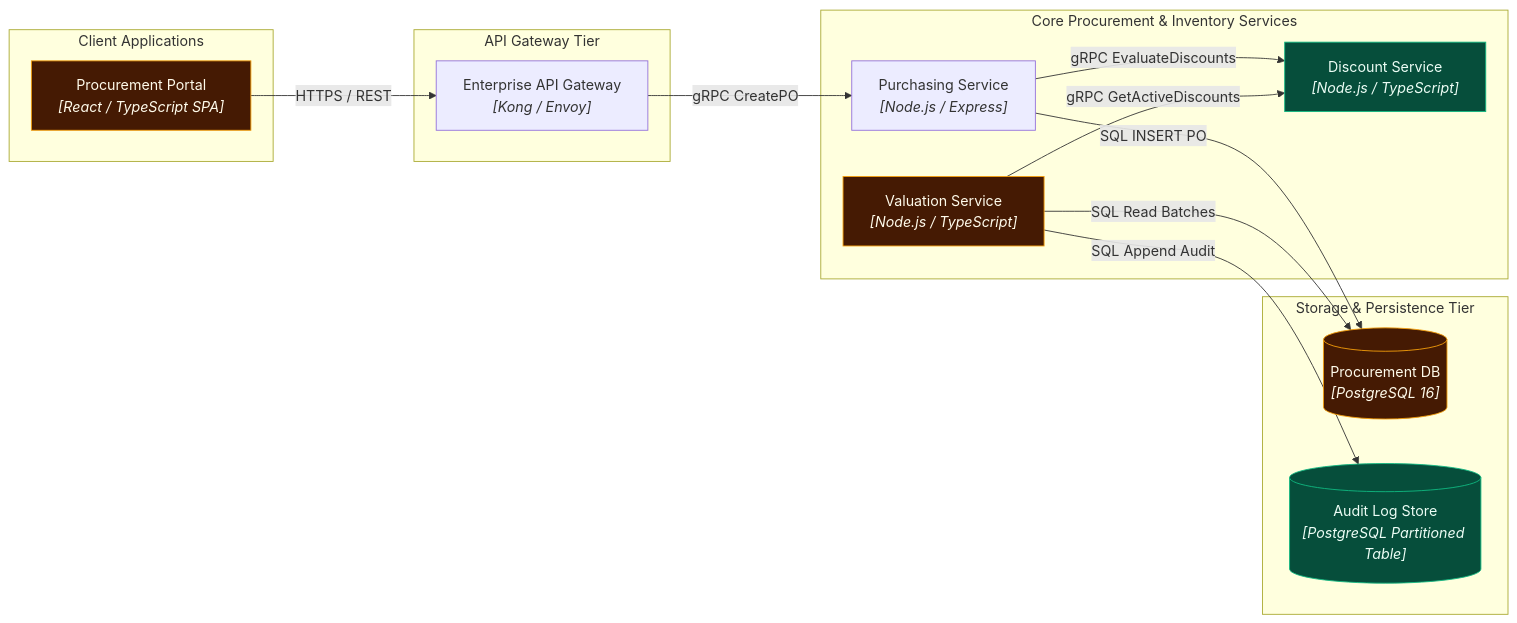
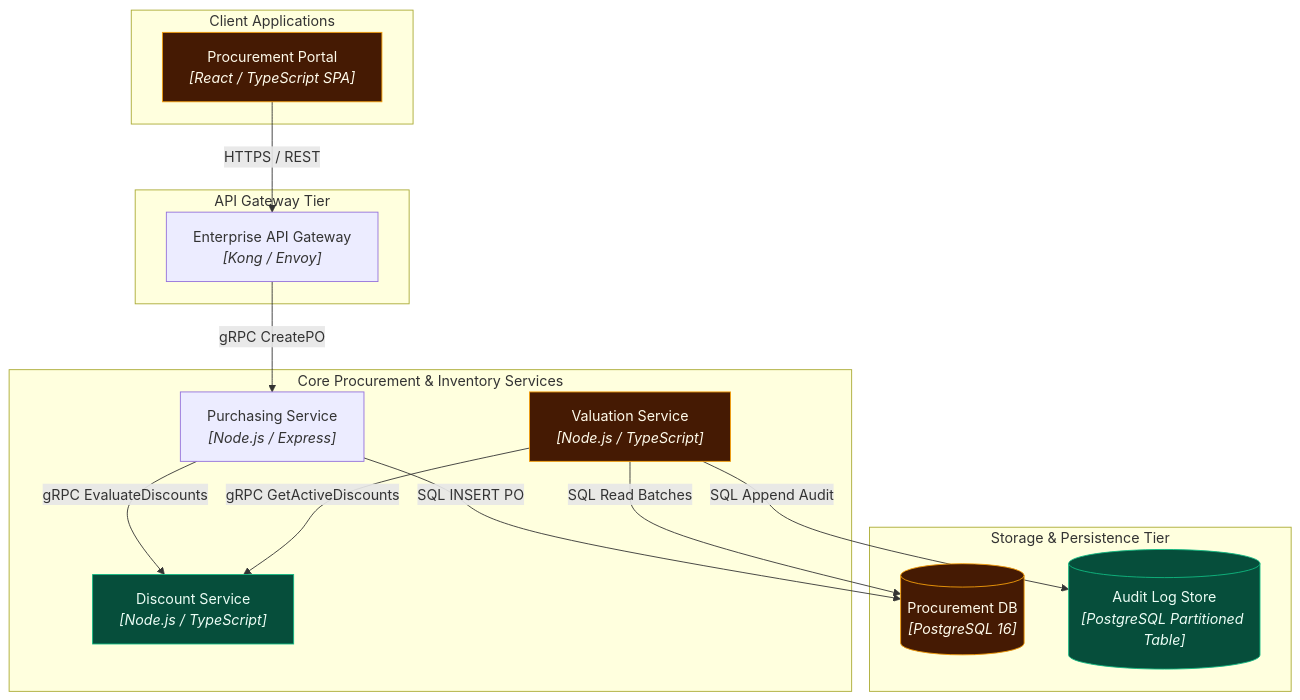
The first of 3 diagrams in skills/architecture-visualizer/examples/1-crud-business-feature/architecture.md (mohamed23231/skill-atelier), drawn with Mermaid before and after one commit. The commit also changed other lines of this file and 5 other files, not shown here.

Commit message:
chore(architecture-visualizer): rebuild the example pages and reports

````diff
--- a/skills/architecture-visualizer/examples/1-crud-business-feature/architecture.md
+++ b/skills/architecture-visualizer/examples/1-crud-business-feature/architecture.md
@@ -111,29 +111,29 @@
 ```mermaid
-flowchart LR
+flowchart TB
   subgraph b_client["Client Applications"]
     procurement_portal["Procurement Portal<br/><i>[React / TypeScript SPA]</i>"]
   end
   subgraph b_gateway["API Gateway Tier"]
     api_gateway["Enterprise API Gateway<br/><i>[Kong / Envoy]</i>"]
   end
   subgraph b_services["Core Procurement & Inventory Services"]
     purchasing_service["Purchasing Service<br/><i>[Node.js / Express]</i>"]
     supplier_discount_service["Discount Service<br/><i>[Node.js / TypeScript]</i>"]
     inventory_valuation_service["Valuation Service<br/><i>[Node.js / TypeScript]</i>"]
   end
   subgraph b_persistence["Storage & Persistence Tier"]
     primary_db[("Procurement DB<br/><i>[PostgreSQL 16]</i>")]
     audit_store[("Audit Log Store<br/><i>[PostgreSQL Partitioned Table]</i>")]
   end
   procurement_portal -->|"HTTPS / REST"| api_gateway
   api_gateway -->|"gRPC CreatePO"| purchasing_service
   purchasing_service -->|"gRPC EvaluateDiscounts"| supplier_discount_service
   purchasing_service -->|"SQL INSERT PO"| primary_db
   inventory_valuation_service -->|"gRPC GetActiveDiscounts"| supplier_discount_service
   inventory_valuation_service -->|"SQL Read Batches"| primary_db
   inventory_valuation_service -->|"SQL Append Audit"| audit_store
   classDef added fill:#064e3b,stroke:#10b981,color:#ecfdf5;
   class supplier_discount_service,audit_store added;
   classDef changed fill:#451a03,stroke:#f59e0b,color:#fffbeb;
   class procurement_portal,inventory_valuation_service,primary_db changed;
 ```
````
